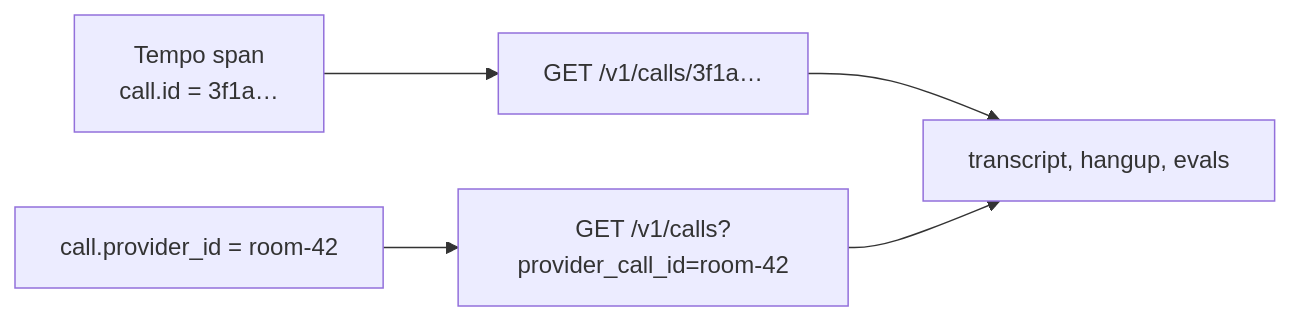
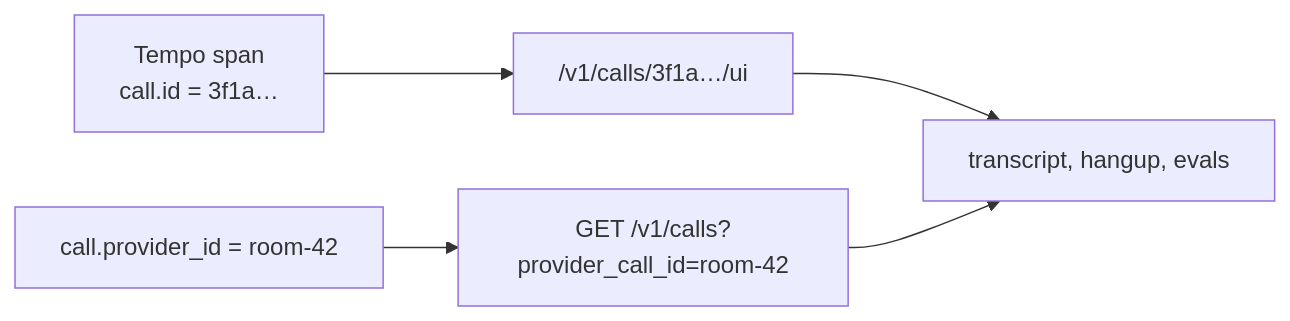
One commit to obsalt/obsalt-legacy changed the third of 4 diagrams in docs/data-flow.md. Above: the diagram before and after it, drawn with Mermaid. The commit also changed 30 other files, not shown here.

First line of the commit message:
Join traces and evidence on a per-call view

````diff
--- a/docs/data-flow.md
+++ b/docs/data-flow.md
@@ -91,7 +91,7 @@
 ```mermaid
 flowchart LR
-  Tempo["Tempo span<br/>call.id = 3f1a…"] --> API["GET /v1/calls/3f1a…"]
+  Tempo["Tempo span<br/>call.id = 3f1a…"] --> UI["/v1/calls/3f1a…/ui"]
   Tempo2["call.provider_id = room-42"] --> API2["GET /v1/calls?provider_call_id=room-42"]
-  API --> Evidence["transcript, hangup, evals"]
+  UI --> Evidence["transcript, hangup, evals"]
   API2 --> Evidence
 ```
````
